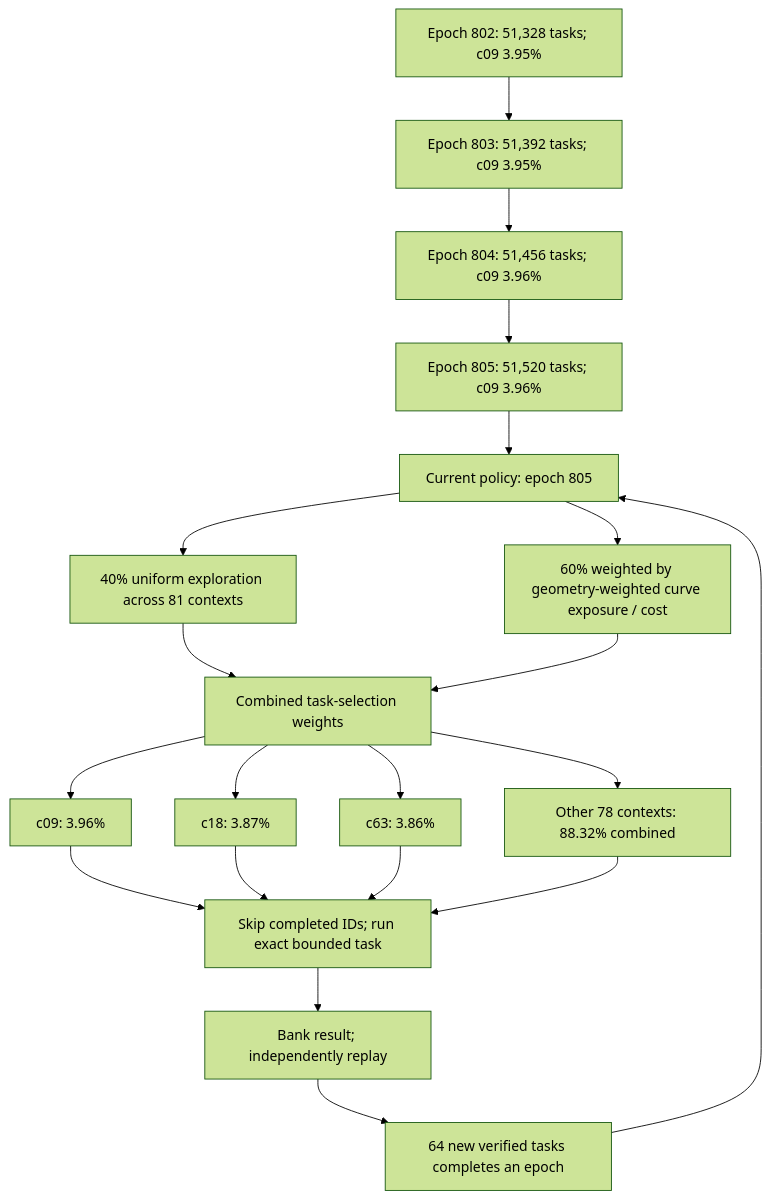
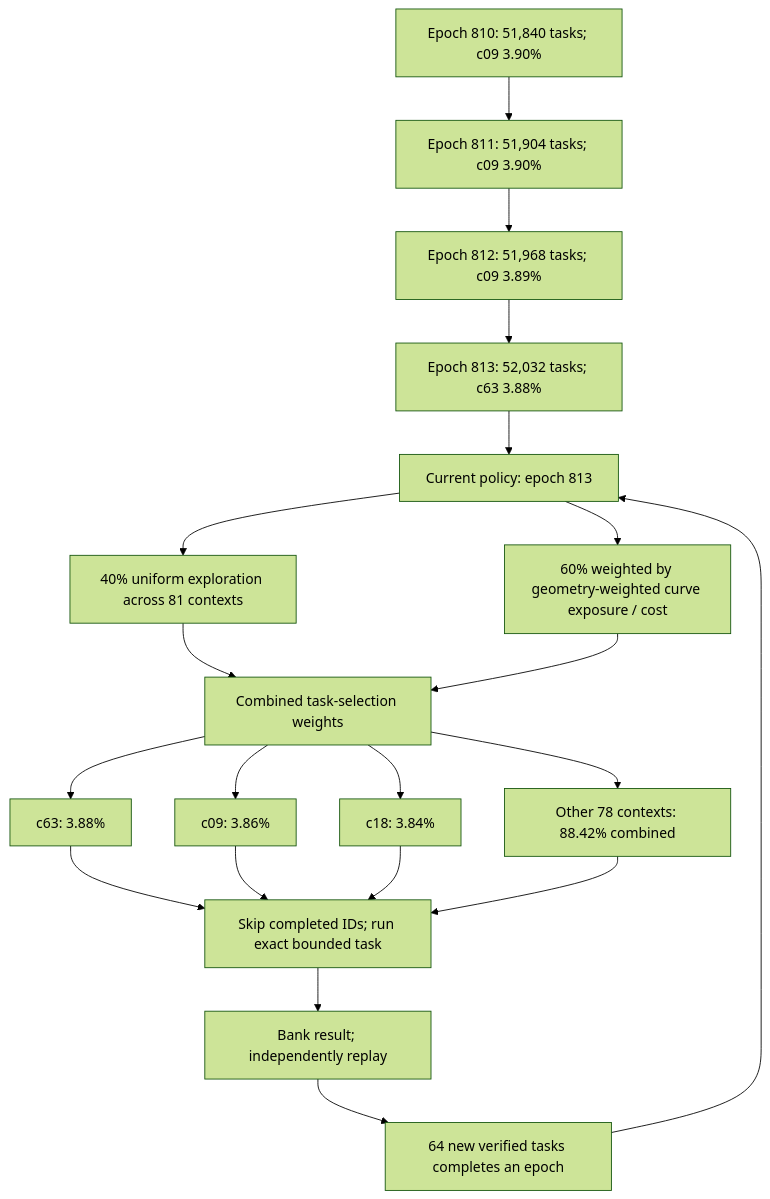
The first of 3 diagrams in README.md (Kuberwastaken/math-gambling), drawn with Mermaid (forest theme) before and after one commit. The commit also changed other lines of this file and 1138 other files, not shown here.

````diff
--- a/README.md
+++ b/README.md
@@ -55,27 +55,27 @@
 ```mermaid
 flowchart TD
-    H0["Epoch 802: 51,328 tasks; c09 3.95%"]
-    H1["Epoch 803: 51,392 tasks; c09 3.95%"]
+    H0["Epoch 810: 51,840 tasks; c09 3.90%"]
+    H1["Epoch 811: 51,904 tasks; c09 3.90%"]
     H0 --> H1
-    H2["Epoch 804: 51,456 tasks; c09 3.96%"]
+    H2["Epoch 812: 51,968 tasks; c09 3.89%"]
     H1 --> H2
-    H3["Epoch 805: 51,520 tasks; c09 3.96%"]
+    H3["Epoch 813: 52,032 tasks; c63 3.88%"]
     H2 --> H3
-    Policy["Current policy: epoch 805"]
+    Policy["Current policy: epoch 813"]
     H3 --> Policy
     Policy --> Explore["40% uniform exploration across 81 contexts"]
     Policy --> Cost["60% weighted by geometry-weighted curve exposure / cost"]
     Explore --> Mix["Combined task-selection weights"]
     Cost --> Mix
-    Mix --> C0["c09: 3.96%"]
-    Mix --> C1["c18: 3.87%"]
-    Mix --> C2["c63: 3.86%"]
-    Mix --> Rest["Other 78 contexts: 88.32% combined"]
+    Mix --> C0["c63: 3.88%"]
+    Mix --> C1["c09: 3.86%"]
+    Mix --> C2["c18: 3.84%"]
+    Mix --> Rest["Other 78 contexts: 88.42% combined"]
     C0 --> Check["Skip completed IDs; run exact bounded task"]
     C1 --> Check
     C2 --> Check
     Rest --> Check
     Check --> Replay["Bank result; independently replay"]
     Replay --> Gate["64 new verified tasks completes an epoch"]
     Gate --> Policy
 ```
````
